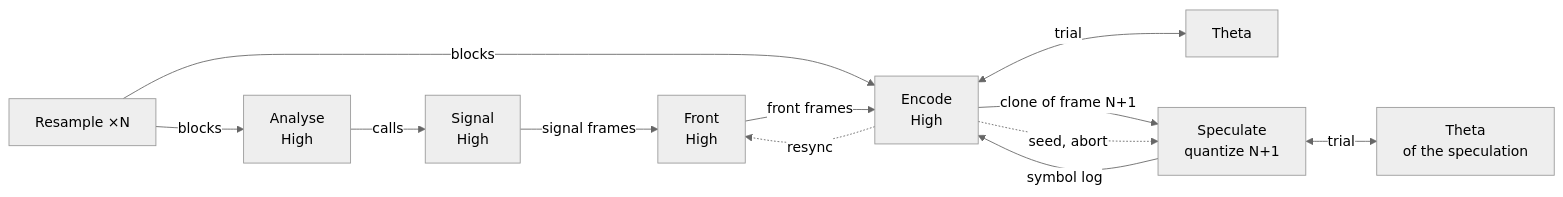
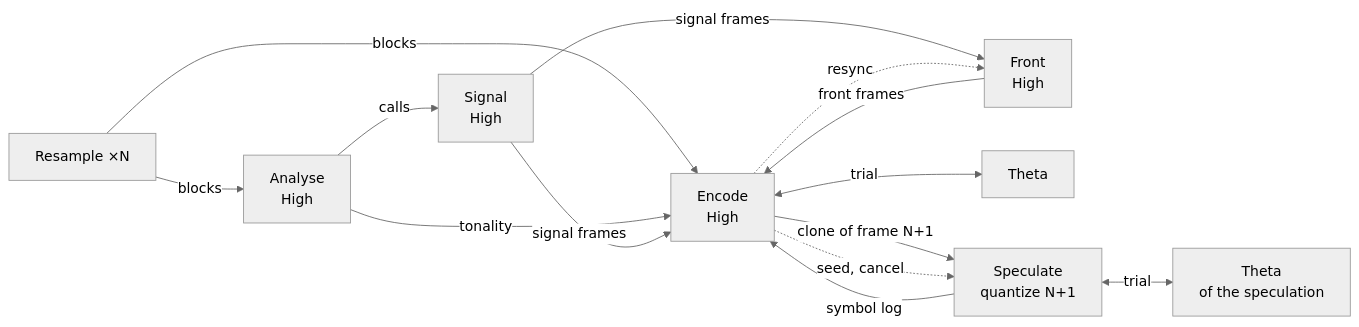
The diagram in ctOpus/docs/images/step-8-speculate.mmd (ThinkMeta-com/ThinkMeta.ConcurrentTasks.Samples), drawn with Mermaid (neutral theme) before and after one commit. The commit also changed 700 other files, not shown here.

```diff
--- a/ctOpus/docs/images/step-8-speculate.mmd
+++ b/ctOpus/docs/images/step-8-speculate.mmd
@@ -1,12 +1,14 @@
 flowchart LR
     W["Resample ×N"] -- "blocks" --> A["Analyse<br/>High"]
     W -- "blocks" --> E["Encode<br/>High"]
     A -- "calls" --> S["Signal<br/>High"]
+    A -- "tonality" --> E
+    S -- "signal frames" --> E
     S -- "signal frames" --> F["Front<br/>High"]
     F -- "front frames" --> E
     E -. "resync" .-> F
     E <-- "trial" --> T["Theta"]
     E -- "clone of frame N+1" --> P["Speculate<br/>quantize N+1"]
     P -- "symbol log" --> E
-    E -. "seed, abort" .-> P
+    E -. "seed, cancel" .-> P
     P <-- "trial" --> PT["Theta<br/>of the speculation"]
```
